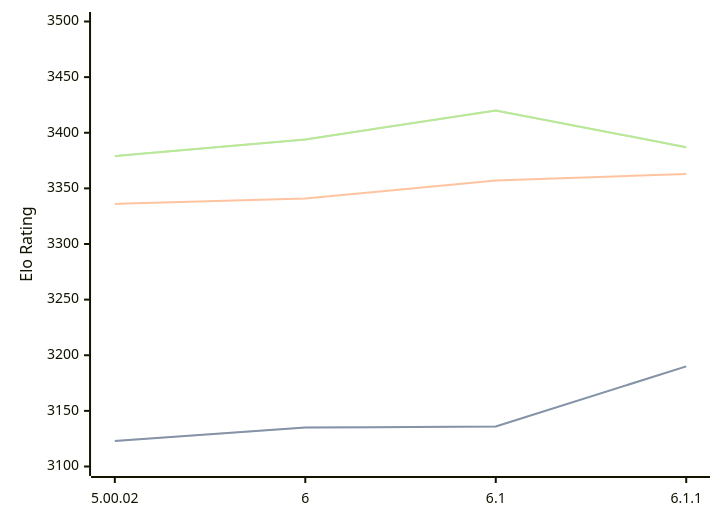
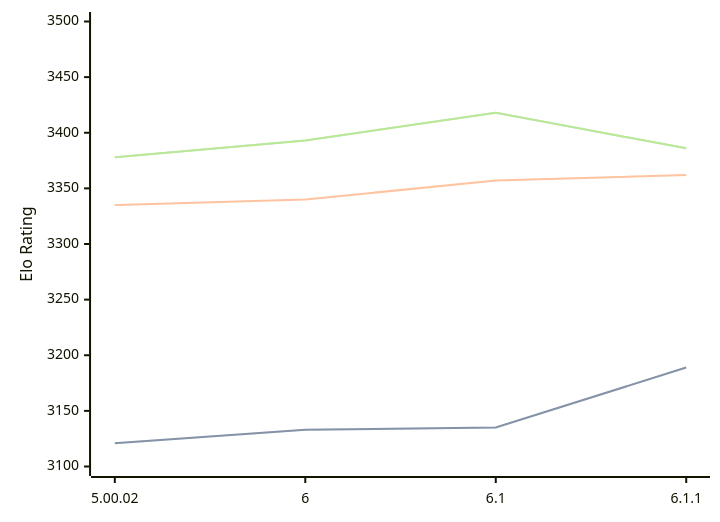
One commit to computer-chess-index/cci changed the diagram in engines/Zangdar.md. Above: the diagram before and after it, drawn with Mermaid. The commit also changed other lines of this file, not shown here.

Commit message:
Update CCI Ratings (ELO VLTC) - 2026-06-07

````diff
--- a/engines/Zangdar.md
+++ b/engines/Zangdar.md
@@ -46,11 +46,11 @@
 ```mermaid
 %%{init: {"theme":"base","themeVariables":{"seriesColors:['#a3a3a3','#222221','#faa371']}}}%%
 xychart-beta
   x-axis ["5.00.02", "6", "6.1", "6.1.1"]
   y-axis "Elo Rating" 3100 --> 3500
-  line "STC (8.0+0.08s)" [3123, 3135, 3136, 3190]
-  line "STC (8.0+0.08s)" [3123, 3135, 3136, 3190]
-  line "LTC (60.0+0.60s)" [3336, 3341, 3357, 3363]
-  line "VLTC (2m24s+1.12s)" [3379, 3394, 3420, 3387]
-  line "VLTC (2m24s+1.12s)" [3379, 3394, 3420, 3387]
+  line "STC (8.0+0.08s)" [3121, 3133, 3135, 3189]
+  line "STC (8.0+0.08s)" [3121, 3133, 3135, 3189]
+  line "LTC (60.0+0.60s)" [3335, 3340, 3357, 3362]
+  line "VLTC (2m24s+1.12s)" [3378, 3393, 3418, 3386]
+  line "VLTC (2m24s+1.12s)" [3378, 3393, 3418, 3386]
 ```
````
